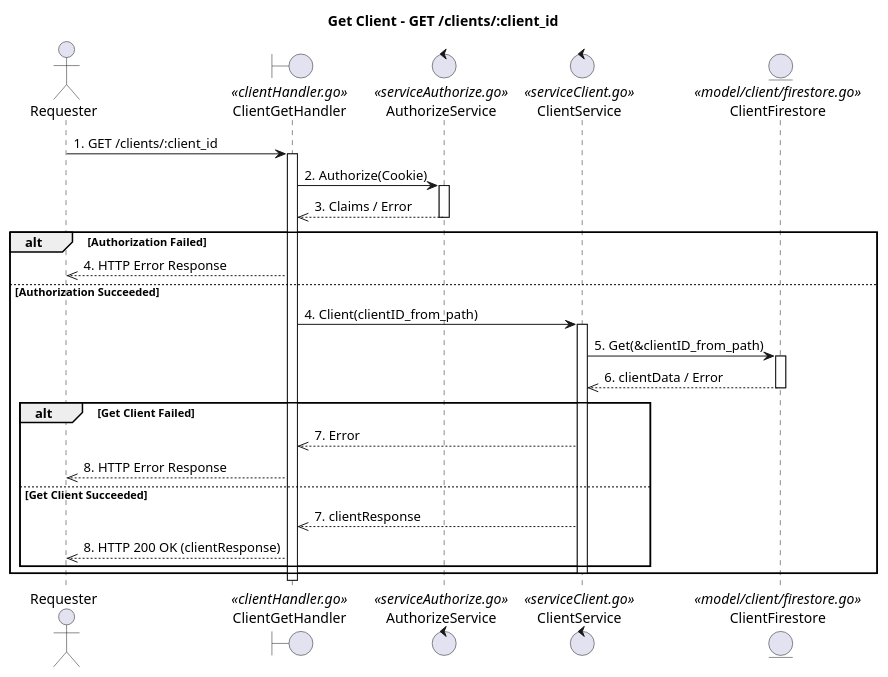
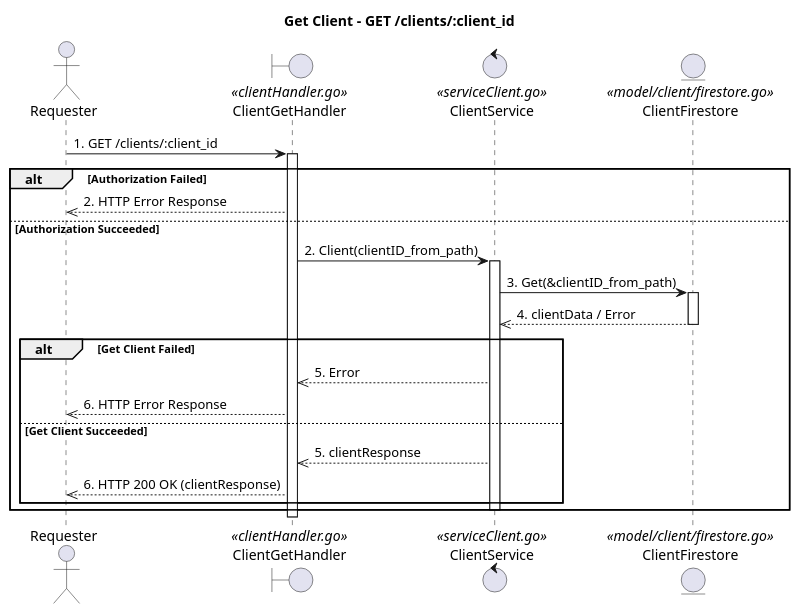
One commit to JulioKobayashiEbury/BankingAPI changed the diagram in docs/Get/SequenciaGetClient.puml. Above: the diagram before and after it, drawn with PlantUML. The commit also changed 44 other files, not shown here.

```diff
--- a/docs/Get/SequenciaGetClient.puml
+++ b/docs/Get/SequenciaGetClient.puml
@@ -1,38 +1,33 @@
 @startuml
 title Get Client - GET /clients/:client_id
 
 actor Requester
 boundary ClientGetHandler <<clientHandler.go>>
-control AuthorizeService <<serviceAuthorize.go>>
 control ClientService <<serviceClient.go>>
 entity ClientFirestore <<model/client/firestore.go>>
 
 Requester -> ClientGetHandler : 1. GET /clients/:client_id
 activate ClientGetHandler
 
-ClientGetHandler -> AuthorizeService : 2. Authorize(Cookie)
-activate AuthorizeService
-AuthorizeService -->> ClientGetHandler : 3. Claims / Error
-deactivate AuthorizeService
 
 alt Authorization Failed
-    ClientGetHandler -->> Requester : 4. HTTP Error Response
+    ClientGetHandler -->> Requester : 2. HTTP Error Response
 else Authorization Succeeded
-    ClientGetHandler -> ClientService : 4. Client(clientID_from_path)
+    ClientGetHandler -> ClientService : 2. Client(clientID_from_path)
     activate ClientService
-    ClientService -> ClientFirestore : 5. Get(&clientID_from_path)
+    ClientService -> ClientFirestore : 3. Get(&clientID_from_path)
     activate ClientFirestore
-    ClientFirestore -->> ClientService : 6. clientData / Error
+    ClientFirestore -->> ClientService : 4. clientData / Error
     deactivate ClientFirestore
     
     alt Get Client Failed
-        ClientService -->> ClientGetHandler : 7. Error
-        ClientGetHandler -->> Requester : 8. HTTP Error Response
+        ClientService -->> ClientGetHandler : 5. Error
+        ClientGetHandler -->> Requester : 6. HTTP Error Response
     else Get Client Succeeded
-        ClientService -->> ClientGetHandler : 7. clientResponse
-        ClientGetHandler -->> Requester : 8. HTTP 200 OK (clientResponse)
+        ClientService -->> ClientGetHandler : 5. clientResponse
+        ClientGetHandler -->> Requester : 6. HTTP 200 OK (clientResponse)
     end
     deactivate ClientService
 end
 deactivate ClientGetHandler
 @enduml
```
